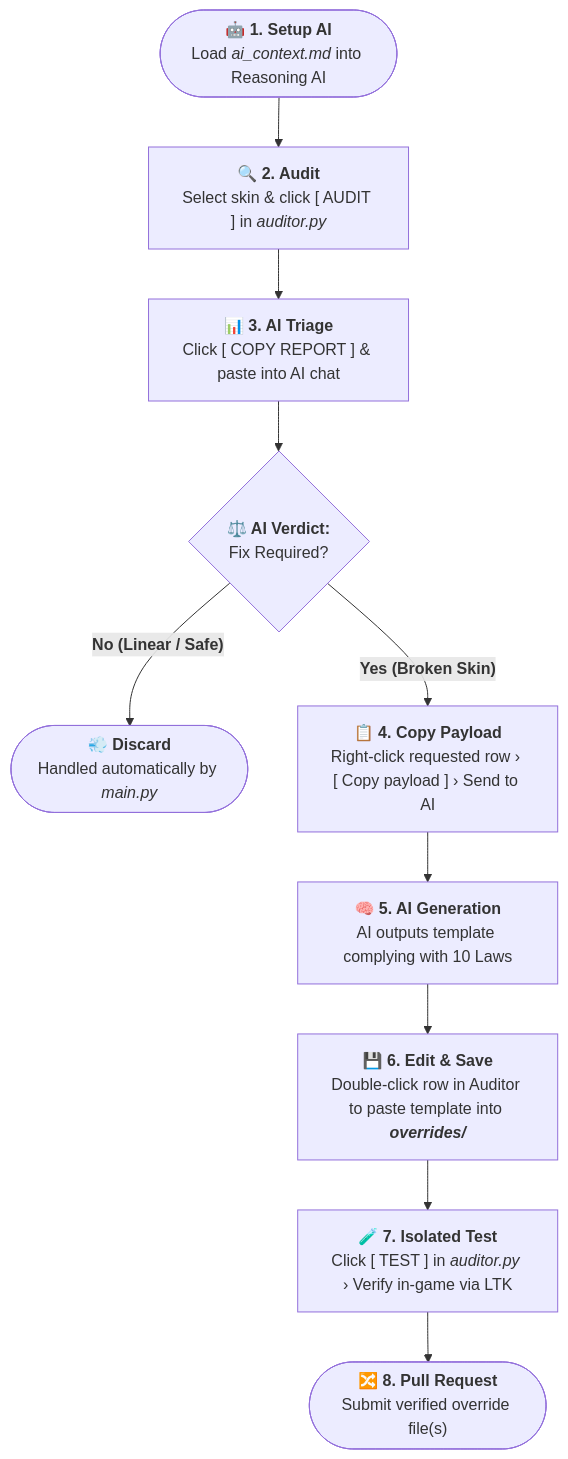
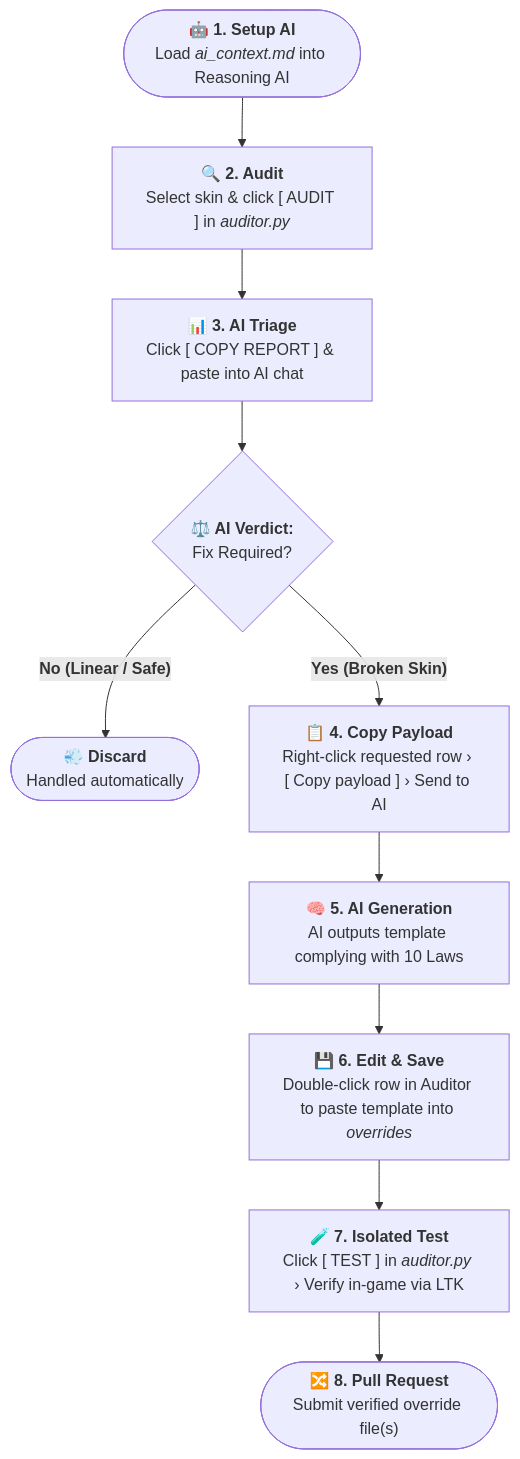
One commit to gsmeven/vanilla-true-builder changed the diagram in CONTRIBUTING.md. Above: the diagram before and after it, drawn with Mermaid.

Commit message:
release: v1.8.3

````diff
--- a/CONTRIBUTING.md
+++ b/CONTRIBUTING.md
@@ -23,12 +23,12 @@
 ```mermaid
 flowchart TD
     A(["<b>🤖 1. Setup AI</b>\nLoad <i>ai_context.md</i> into Reasoning AI"]) --> B["<b>🔍 2. Audit</b>\nSelect skin & click [ AUDIT ] in <i>auditor.py</i>"]
     B --> C["<b>📊 3. AI Triage</b>\nClick [ COPY REPORT ] & paste into AI chat"]
     C --> D{"<b>⚖️ AI Verdict:</b>\nFix Required?"}
-    D -- "<b>No (Linear / Safe)</b>" --> E(["<b>💨 Discard</b>\nHandled automatically by <i>main.py</i>"])
+    D -- "<b>No (Linear / Safe)</b>" --> E(["<b>💨 Discard</b>\nHandled automatically"])
     D -- "<b>Yes (Broken Skin)</b>" --> F["<b>📋 4. Copy Payload</b>\nRight-click requested row › [ Copy payload ] › Send to AI"]
     F --> G["<b>🧠 5. AI Generation</b>\nAI outputs template complying with 10 Laws"]
-    G --> H["<b>💾 6. Edit & Save</b>\nDouble-click row in Auditor to paste template into <i><b>overrides/</b></i>"]
+    G --> H["<b>💾 6. Edit & Save</b>\nDouble-click row in Auditor to paste template into <i>overrides</i>"]
     H --> I["<b>🧪 7. Isolated Test</b>\nClick [ TEST ] in <i>auditor.py</i> › Verify in-game via LTK"]
     I --> J(["<b>🔀 8. Pull Request</b>\nSubmit verified override file(s)"])
 ```
````
